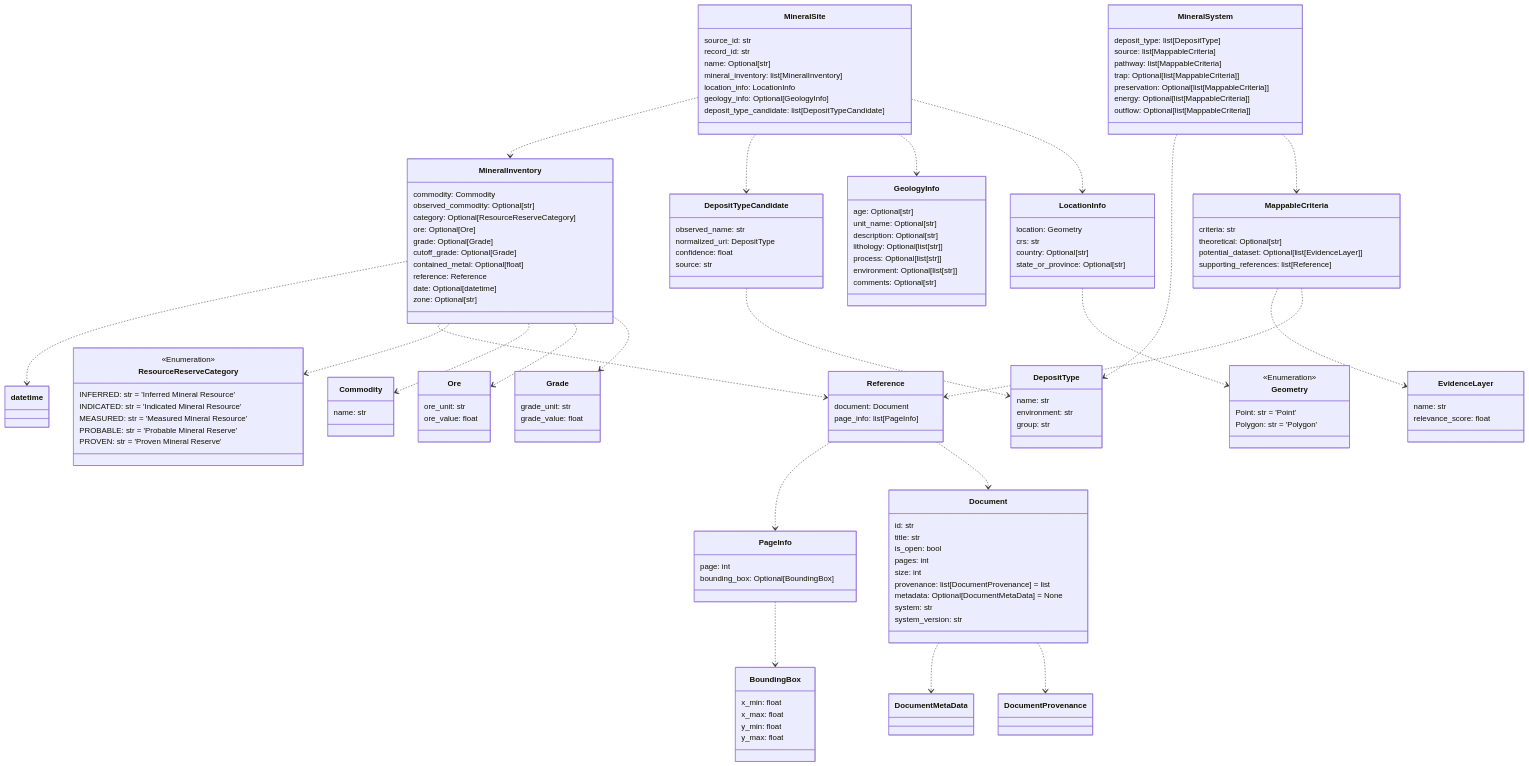
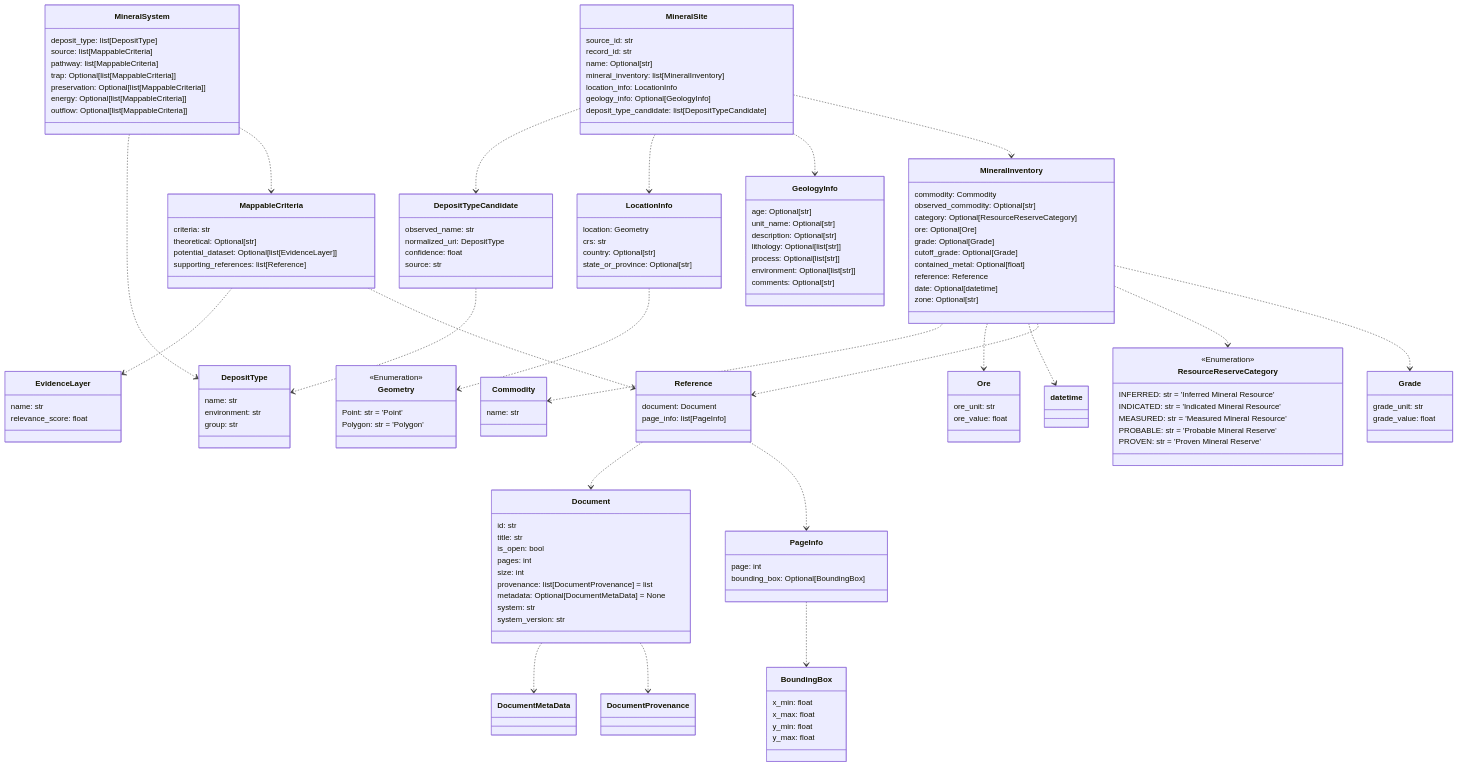
Before and after one commit to DARPA-CRITICALMAAS/cdr_schemas: the tenth of 12 diagrams in README.md, drawn with Mermaid. The commit also changed other lines of this file and 15 other files, not shown here.

````diff
--- a/README.md
+++ b/README.md
@@ -737,20 +737,45 @@
 ```mermaid
 classDiagram
-
-    class BoundingBox {
-        x_min: float
-        x_max: float
-        y_min: float
-        y_max: float
-    }
 
     class Commodity {
         name: str
     }
 
+    class Grade {
+        grade_unit: str
+        grade_value: float
+    }
+
+    class Reference {
+        document: Document
+        page_info: list[PageInfo]
+    }
+
+    class MappableCriteria {
+        criteria: str
+        theoretical: Optional[str]
+        potential_dataset: Optional[list[EvidenceLayer]]
+        supporting_references: list[Reference]
+    }
+
     class EvidenceLayer {
         name: str
         relevance_score: float
+    }
+
+    class MineralSystem {
+        deposit_type: list[DepositType]
+        source: list[MappableCriteria]
+        pathway: list[MappableCriteria]
+        trap: Optional[list[MappableCriteria]]
+        preservation: Optional[list[MappableCriteria]]
+        energy: Optional[list[MappableCriteria]]
+        outflow: Optional[list[MappableCriteria]]
+    }
+
+    class Ore {
+        ore_unit: str
+        ore_value: float
     }
 
     class GeologyInfo {
@@ -763,9 +788,20 @@
         comments: Optional[str]
     }
 
-    class Grade {
-        grade_unit: str
-        grade_value: float
+    class MineralSite {
+        source_id: str
+        record_id: str
+        name: Optional[str]
+        mineral_inventory: list[MineralInventory]
+        location_info: LocationInfo
+        geology_info: Optional[GeologyInfo]
+        deposit_type_candidate: list[DepositTypeCandidate]
+    }
+
+    class Geometry {
+        <<Enumeration>>
+        Point: str = 'Point'
+        Polygon: str = 'Polygon'
     }
 
     class LocationInfo {
@@ -773,27 +809,6 @@
         crs: str
         country: Optional[str]
         state_or_province: Optional[str]
-    }
-
-    class PageInfo {
-        page: int
-        bounding_box: Optional[BoundingBox]
-    }
-
-    class DepositTypeCandidate {
-        observed_name: str
-        normalized_uri: DepositType
-        confidence: float
-        source: str
-    }
-
-    class ResourceReserveCategory {
-        <<Enumeration>>
-        INFERRED: str = 'Inferred Mineral Resource'
-        INDICATED: str = 'Indicated Mineral Resource'
-        MEASURED: str = 'Measured Mineral Resource'
-        PROBABLE: str = 'Probable Mineral Reserve'
-        PROVEN: str = 'Proven Mineral Reserve'
     }
 
     class Document {
@@ -808,25 +823,26 @@
         system_version: str
     }
 
+    class ResourceReserveCategory {
+        <<Enumeration>>
+        INFERRED: str = 'Inferred Mineral Resource'
+        INDICATED: str = 'Indicated Mineral Resource'
+        MEASURED: str = 'Measured Mineral Resource'
+        PROBABLE: str = 'Probable Mineral Reserve'
+        PROVEN: str = 'Proven Mineral Reserve'
+    }
+
+    class BoundingBox {
+        x_min: float
+        x_max: float
+        y_min: float
+        y_max: float
+    }
+
     class DepositType {
         name: str
         environment: str
         group: str
-    }
-
-    class MineralSite {
-        source_id: str
-        record_id: str
-        name: Optional[str]
-        mineral_inventory: list[MineralInventory]
-        location_info: LocationInfo
-        geology_info: Optional[GeologyInfo]
-        deposit_type_candidate: list[DepositTypeCandidate]
-    }
-
-    class Ore {
-        ore_unit: str
-        ore_value: float
     }
 
     class MineralInventory {
@@ -842,55 +858,39 @@
         zone: Optional[str]
     }
 
-    class Reference {
-        document: Document
-        page_info: list[PageInfo]
+    class PageInfo {
+        page: int
+        bounding_box: Optional[BoundingBox]
     }
 
-    class Geometry {
-        <<Enumeration>>
-        Point: str = 'Point'
-        Polygon: str = 'Polygon'
-    }
-
-    class MineralSystem {
-        deposit_type: list[DepositType]
-        source: list[MappableCriteria]
-        pathway: list[MappableCriteria]
-        trap: Optional[list[MappableCriteria]]
-        preservation: Optional[list[MappableCriteria]]
-        energy: Optional[list[MappableCriteria]]
-        outflow: Optional[list[MappableCriteria]]
-    }
-
-    class MappableCriteria {
-        criteria: str
-        theoretical: Optional[str]
-        potential_dataset: Optional[list[EvidenceLayer]]
-        supporting_references: list[Reference]
+    class DepositTypeCandidate {
+        observed_name: str
+        normalized_uri: DepositType
+        confidence: float
+        source: str
     }
 
     Document ..> DocumentMetaData
     Document ..> DocumentProvenance
     DepositTypeCandidate ..> DepositType
     PageInfo ..> BoundingBox
+    Reference ..> Document
     Reference ..> PageInfo
-    Reference ..> Document
     MappableCriteria ..> EvidenceLayer
     MappableCriteria ..> Reference
     MineralSystem ..> DepositType
     MineralSystem ..> MappableCriteria
+    MineralInventory ..> Commodity
+    MineralInventory ..> Ore
     MineralInventory ..> datetime
     MineralInventory ..> Reference
     MineralInventory ..> ResourceReserveCategory
-    MineralInventory ..> Commodity
-    MineralInventory ..> Ore
     MineralInventory ..> Grade
     LocationInfo ..> Geometry
+    MineralSite ..> DepositTypeCandidate
+    MineralSite ..> LocationInfo
+    MineralSite ..> GeologyInfo
     MineralSite ..> MineralInventory
-    MineralSite ..> DepositTypeCandidate
-    MineralSite ..> GeologyInfo
-    MineralSite ..> LocationInfo
 
 
 ```
````
